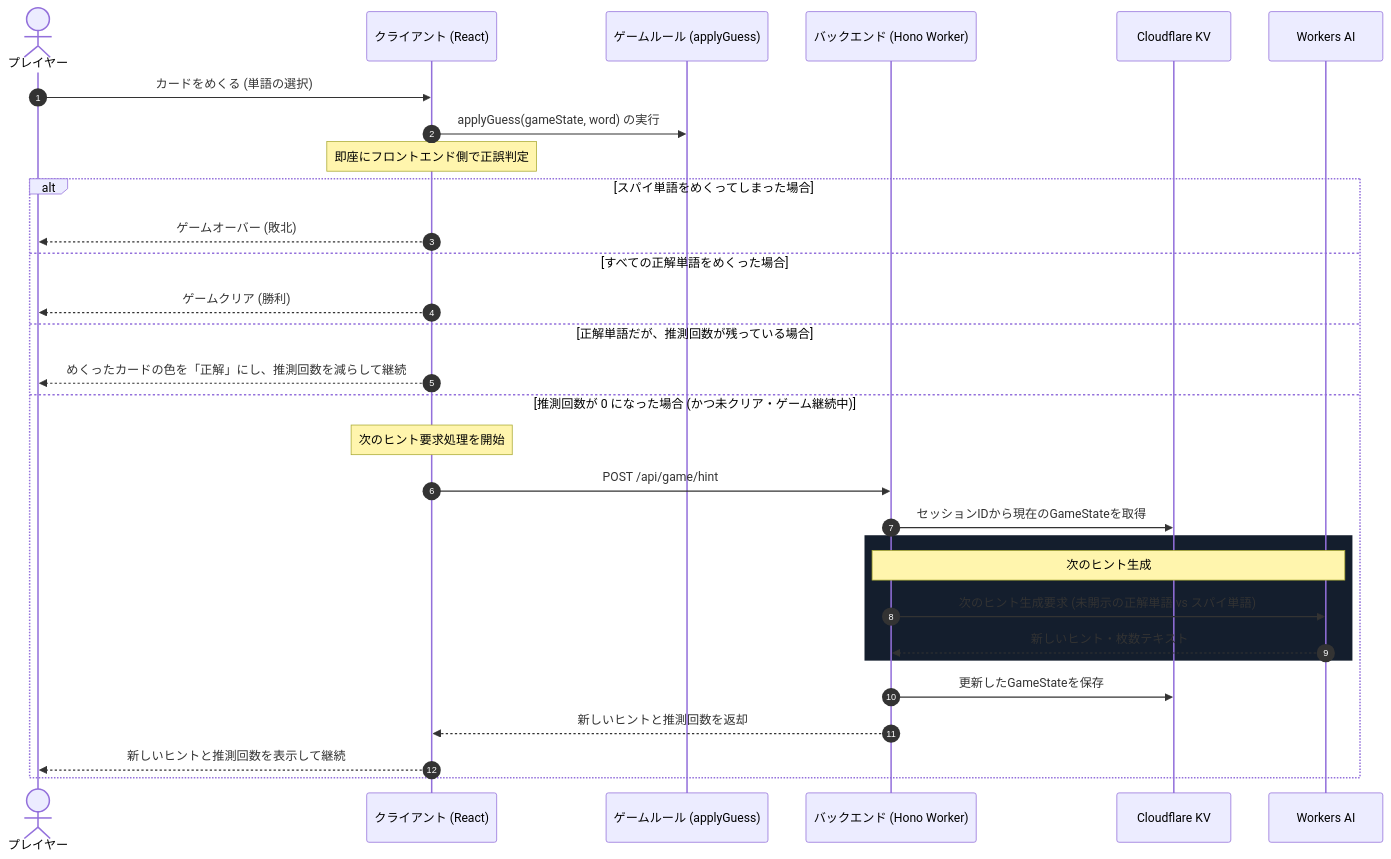
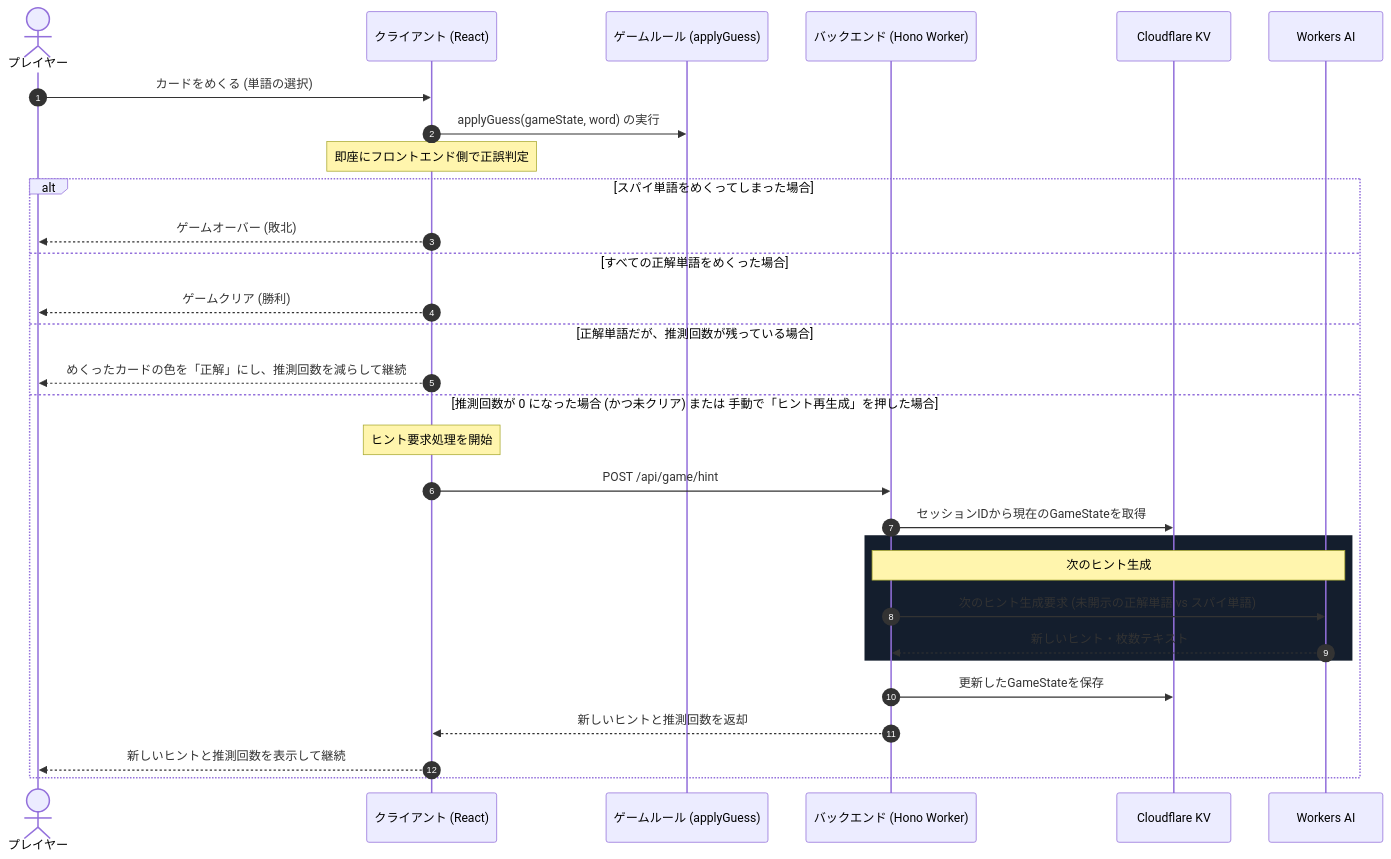
The third of 3 diagrams in docs/architecture.md (Eztas/cloude), drawn with Mermaid before and after one commit. The commit also changed other lines of this file, not shown here.

Commit message:
docs: architecture.md に jsonParser.ts と手動ヒント再生成の流れを追記

````diff
--- a/docs/architecture.md
+++ b/docs/architecture.md
@@ -128,36 +129,36 @@
 ```mermaid
 sequenceDiagram
     autonumber
     actor User as プレイヤー
     participant Client as クライアント (React)
     participant Rule as ゲームルール (applyGuess)
     participant Worker as バックエンド (Hono Worker)
     participant KV as Cloudflare KV
     participant AI as Workers AI
 
     User ->> Client: カードをめくる (単語の選択)
     Client ->> Rule: applyGuess(gameState, word) の実行
     Note over Client: 即座にフロントエンド側で正誤判定
 
     alt スパイ単語をめくってしまった場合
         Client -->> User: ゲームオーバー (敗北)
     else すべての正解単語をめくった場合
         Client -->> User: ゲームクリア (勝利)
     else 正解単語だが、推測回数が残っている場合
         Client -->> User: めくったカードの色を「正解」にし、推測回数を減らして継続
-    else 推測回数が 0 になった場合 (かつ未クリア・ゲーム継続中)
-        Note over Client: 次のヒント要求処理を開始
+    else 推測回数が 0 になった場合 (かつ未クリア) または 手動で「ヒント再生成」を押した場合
+        Note over Client: ヒント要求処理を開始
         Client ->> Worker: POST /api/game/hint
         Worker ->> KV: セッションIDから現在のGameStateを取得
         
         rect rgb(20, 30, 45)
             Note over Worker, AI: 次のヒント生成
             Worker ->> AI: 次のヒント生成要求 (未開示の正解単語 vs スパイ単語)
             AI -->> Worker: 新しいヒント・枚数テキスト
         end
         
         Worker ->> KV: 更新したGameStateを保存
         Worker -->> Client: 新しいヒントと推測回数を返却
         Client -->> User: 新しいヒントと推測回数を表示して継続
     end
 ```
````
